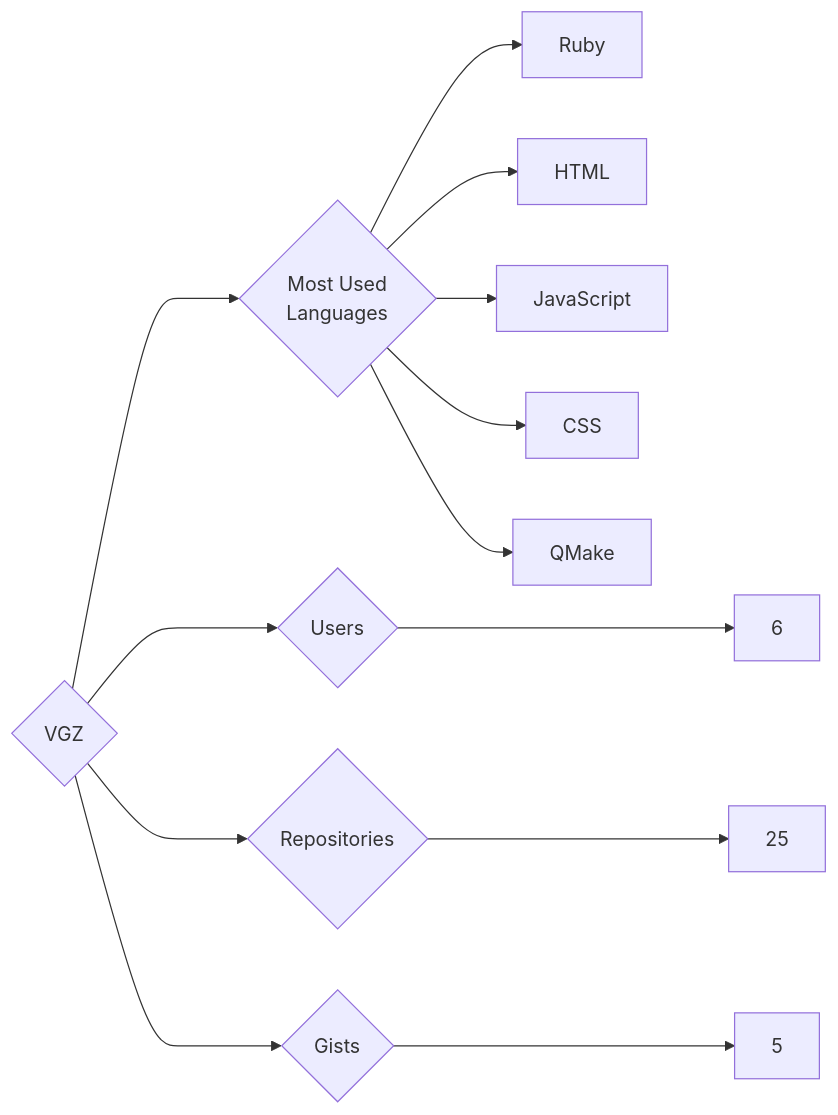
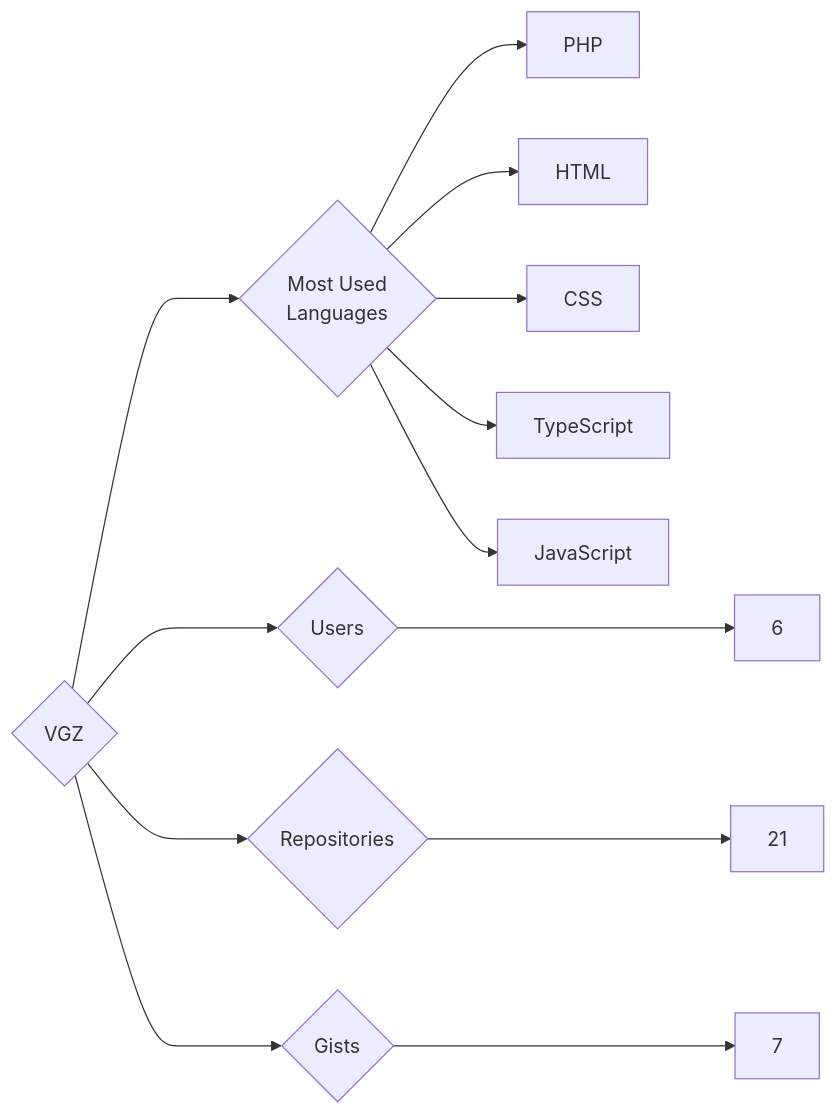
The diagram in targets/VGZ/README.md (trickest/insiders), drawn with Mermaid before and after one commit. The commit also changed 973 other files, not shown here.

````diff
--- a/targets/VGZ/README.md
+++ b/targets/VGZ/README.md
@@ -3,13 +3,13 @@
 ```mermaid
 graph LR
 COMPANY_NAME{VGZ}
 COMPANY_NAME ---> U{Users} ---> UN[6]
-COMPANY_NAME ---> R{Repositories} ---> RN[25]
-COMPANY_NAME ---> G{Gists} ---> GN[5]
+COMPANY_NAME ---> R{Repositories} ---> RN[21]
+COMPANY_NAME ---> G{Gists} ---> GN[7]
 COMPANY_NAME ---> ML{Most Used<br>Languages}
-ML --> Ruby[Ruby]
+ML --> PHP[PHP]
 ML --> HTML[HTML]
+ML --> CSS[CSS]
+ML --> TypeScript[TypeScript]
 ML --> JavaScript[JavaScript]
-ML --> CSS[CSS]
-ML --> QMake[QMake]
 ```
````
